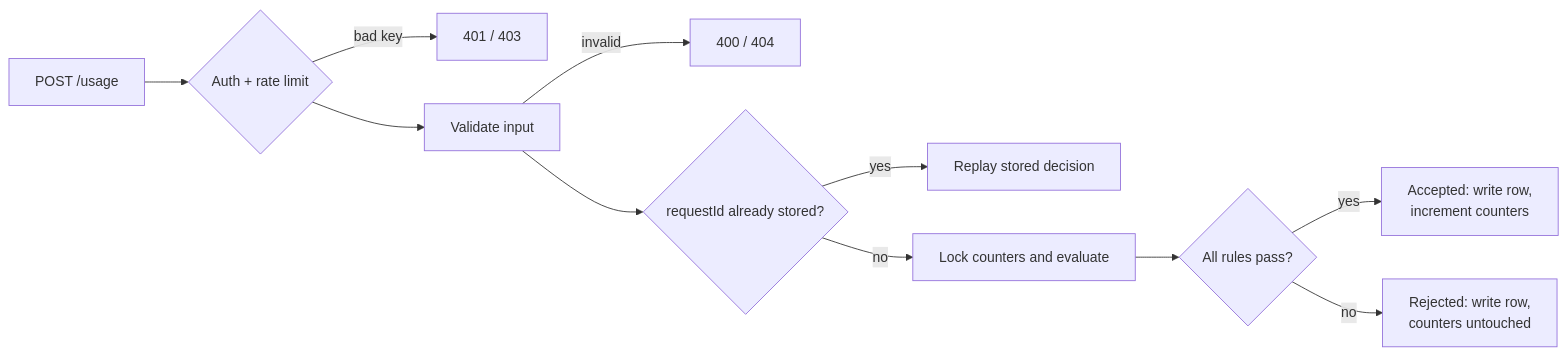
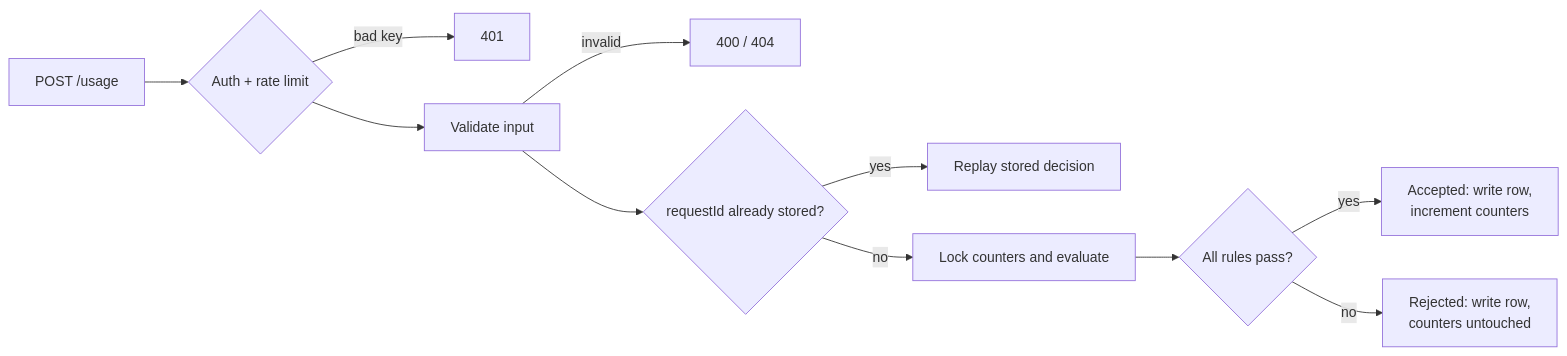
Before and after one commit to AhmadZaqiq/usage-metering-quota-service: the diagram in README.md, drawn with Mermaid. The commit also changed other lines of this file, not shown here.

````diff
--- a/README.md
+++ b/README.md
@@ -77,13 +84,13 @@
 ```mermaid
 flowchart LR
     A["POST /usage"] --> B{"Auth + rate limit"}
-    B -->|"bad key"| E["401 / 403"]
+    B -->|"bad key"| E["401"]
     B --> C["Validate input"]
     C -->|"invalid"| E2["400 / 404"]
     C --> D{"requestId already stored?"}
     D -->|yes| R["Replay stored decision"]
     D -->|no| F["Lock counters and evaluate"]
     F --> G{"All rules pass?"}
     G -->|yes| H["Accepted: write row,<br/>increment counters"]
     G -->|no| I["Rejected: write row,<br/>counters untouched"]
 ```
````
